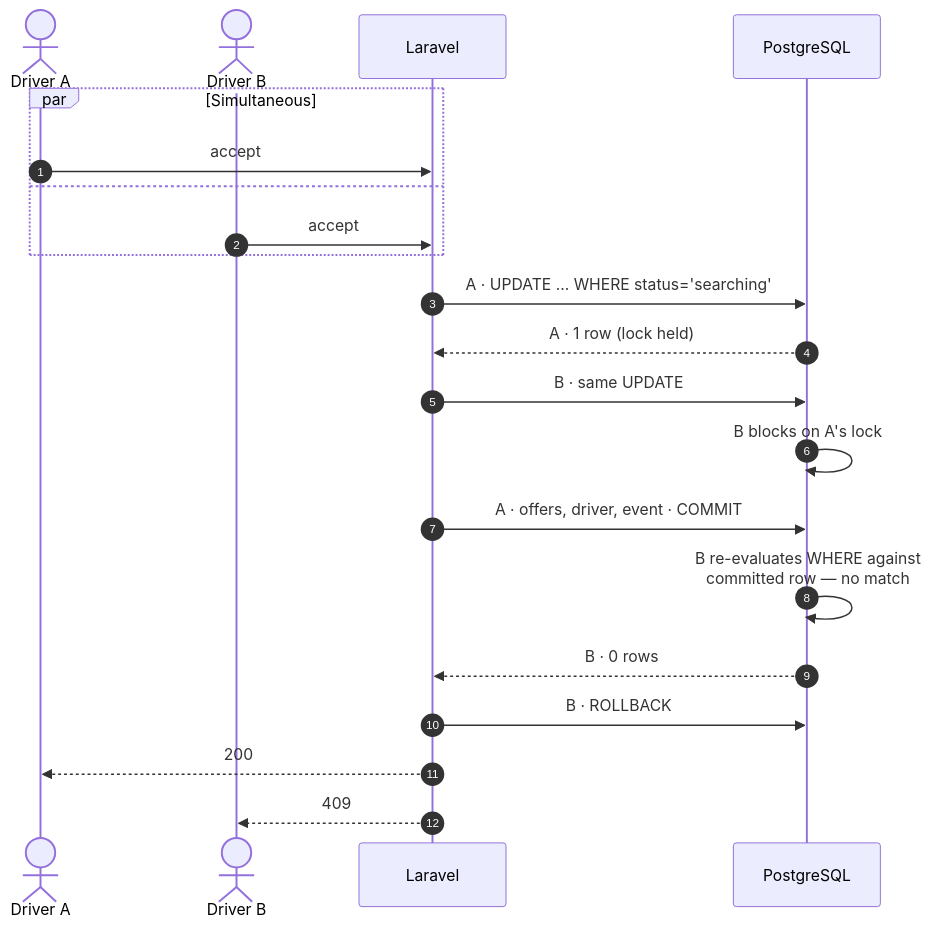
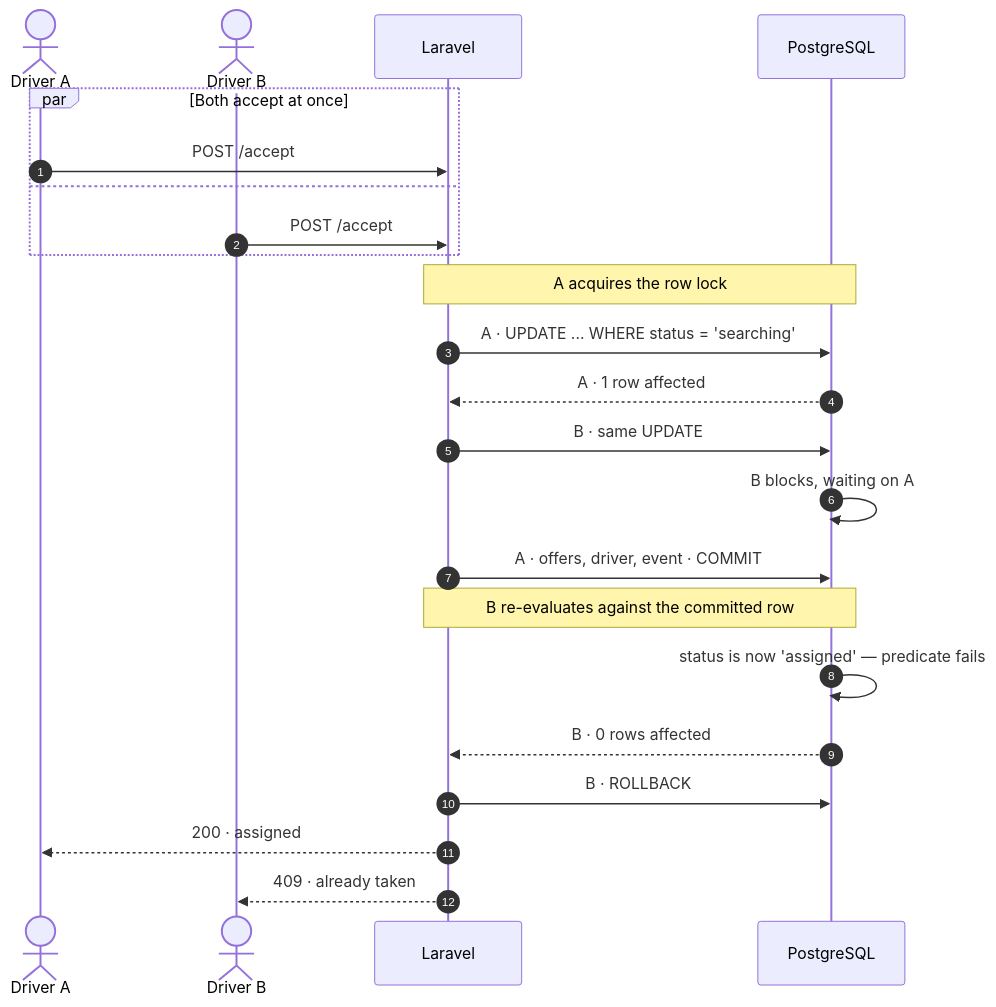
One commit to m7ghareeb/Road-Assist changed the third of 5 diagrams in README.md. Above: the diagram before and after it, drawn with Mermaid. The commit also changed other lines of this file and 2 other files, not shown here.

````diff
--- a/README.md
+++ b/README.md
@@ -228,24 +242,29 @@
 ```mermaid
 sequenceDiagram
     autonumber
     actor A as Driver A
     actor B as Driver B
     participant API as Laravel
     participant PG as PostgreSQL
 
-    par Simultaneous
-        A->>API: accept
+    par Both accept at once
+        A->>API: POST /accept
     and
-        B->>API: accept
+        B->>API: POST /accept
     end
-    API->>PG: A · UPDATE ... WHERE status='searching'
-    PG-->>API: A · 1 row (lock held)
+
+    Note over API,PG: A acquires the row lock
+    API->>PG: A · UPDATE ... WHERE status = 'searching'
+    PG-->>API: A · 1 row affected
     API->>PG: B · same UPDATE
-    PG->>PG: B blocks on A's lock
+    PG->>PG: B blocks, waiting on A
     API->>PG: A · offers, driver, event · COMMIT
-    PG->>PG: B re-evaluates WHERE against<br/>committed row — no match
-    PG-->>API: B · 0 rows
+
+    Note over API,PG: B re-evaluates against the committed row
+    PG->>PG: status is now 'assigned' — predicate fails
+    PG-->>API: B · 0 rows affected
     API->>PG: B · ROLLBACK
-    API-->>A: 200
-    API-->>B: 409
+
+    API-->>A: 200 · assigned
+    API-->>B: 409 · already taken
 ```
````
